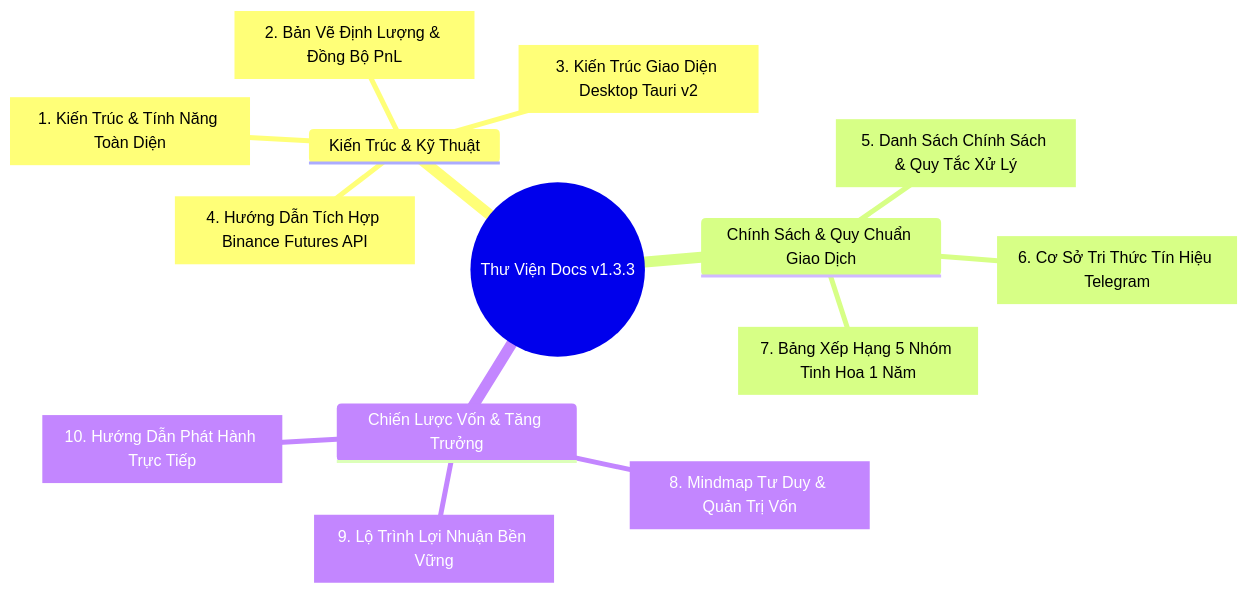
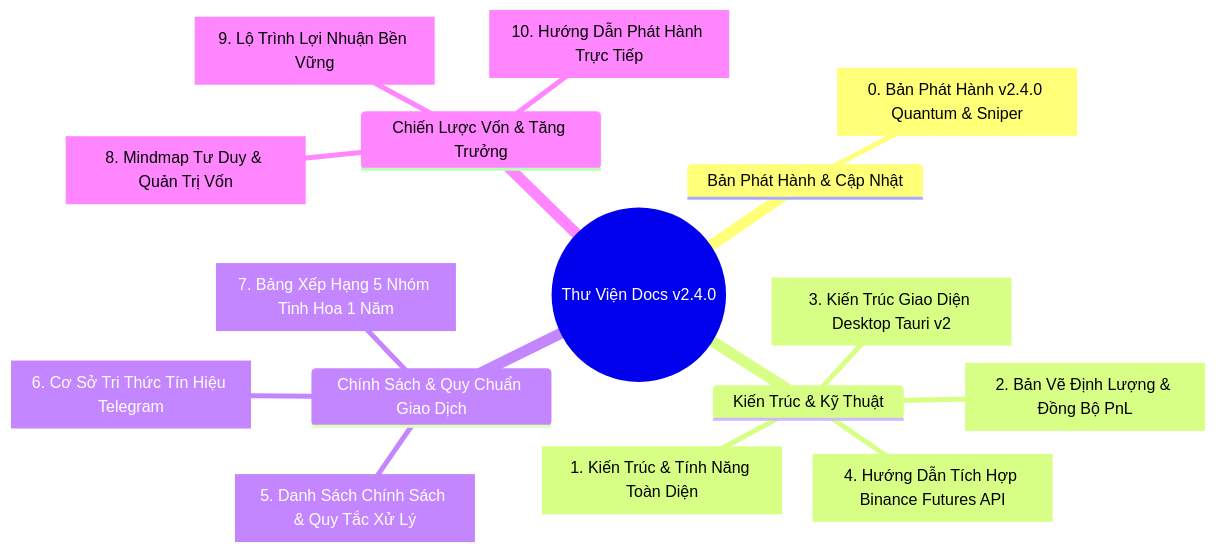
One commit to DungDT293/bottradecrypto changed the diagram in docs/README.md. Above: the diagram before and after it, drawn with Mermaid. The commit also changed other lines of this file and 35 other files, not shown here.

````diff
--- a/docs/README.md
+++ b/docs/README.md
@@ -10,17 +10,19 @@
 ```mermaid
 mindmap
-  root((Thư Viện Docs v1.3.3))
+  root((Thư Viện Docs v2.4.0))
+    Bản Phát Hành & Cập Nhật
+      RELEASE_NOTES_v2.4.0.md["0. Bản Phát Hành v2.4.0 Quantum & Sniper"]
     Kiến Trúc & Kỹ Thuật
       SYSTEM_ARCHITECTURE_AND_FEATURE_SPEC.md["1. Kiến Trúc & Tính Năng Toàn Diện"]
       SYSTEM_QUANT_ARCHITECTURE.md["2. Bản Vẽ Định Lượng & Đồng Bộ PnL"]
       DESKTOP_UI_ARCHITECTURE.md["3. Kiến Trúc Giao Diện Desktop Tauri v2"]
       DOCUMENTATION_BINANCE_API.md["4. Hướng Dẫn Tích Hợp Binance Futures API"]
     Chính Sách & Quy Chuẩn Giao Dịch
       POLICY_SPECIFICATION.md["5. Danh Sách Chính Sách & Quy Tắc Xử Lý"]
       channel_signal_knowledge_base.md["6. Cơ Sở Tri Thức Tín Hiệu Telegram"]
       CHANNEL_RANKING_1_YEAR.md["7. Bảng Xếp Hạng 5 Nhóm Tinh Hoa 1 Năm"]
     Chiến Lược Vốn & Tăng Trưởng
       CRYPTO_TRADING_MINDMAP_AND_GROWTH_SYSTEM.md["8. Mindmap Tư Duy & Quản Trị Vốn"]
       SUSTAINABLE_PROFIT_ROADMAP.md["9. Lộ Trình Lợi Nhuận Bền Vững"]
       COMMERCIAL_LICENSE_GUIDE.md["10. Hướng Dẫn Phát Hành Trực Tiếp"]
 ```
````
